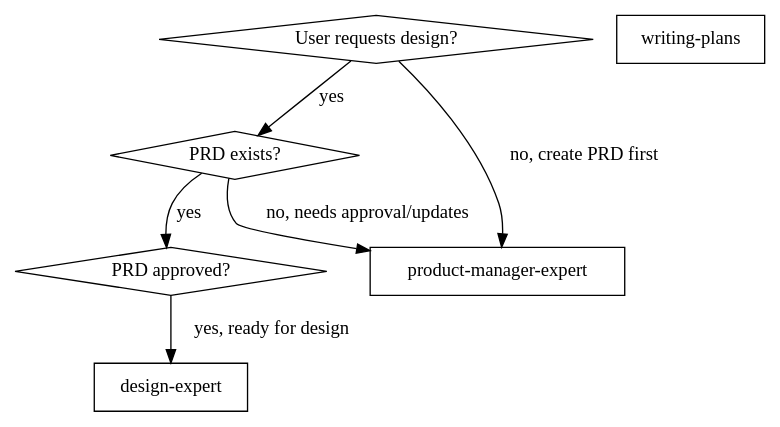
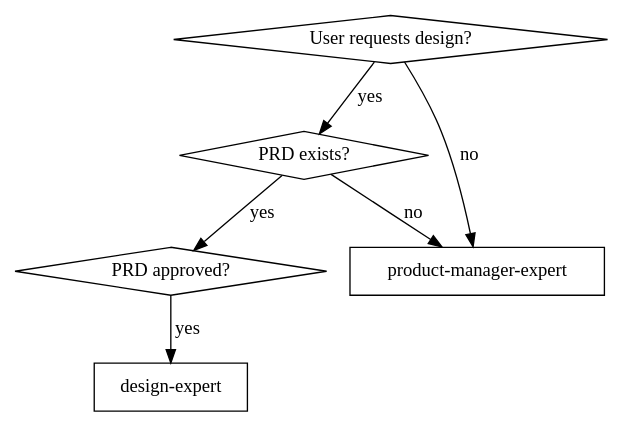
The diagram in skills/design-expert/SKILL.md (xhl592576605/superpowers-ai), drawn with Graphviz before and after one commit. The commit also changed other lines of this file and 6 other files, not shown here.

Commit message:
docs(product-manager): 更新产品管理文档模板和方法参考

````diff
--- a/skills/design-expert/SKILL.md
+++ b/skills/design-expert/SKILL.md
@@ -389,16 +24,15 @@
 ```dot
 digraph when_to_use {
     "User requests design?" [shape=diamond];
     "PRD exists?" [shape=diamond];
     "PRD approved?" [shape=diamond];
     "design-expert" [shape=box];
     "product-manager-expert" [shape=box];
-    "writing-plans" [shape=box];
 
     "User requests design?" -> "PRD exists?" [label="yes"];
-    "User requests design?" -> "product-manager-expert" [label="no, create PRD first"];
+    "User requests design?" -> "product-manager-expert" [label="no"];
     "PRD exists?" -> "PRD approved?" [label="yes"];
-    "PRD exists?" -> "product-manager-expert" [label="no, needs approval/updates"];
-    "PRD approved?" -> "design-expert" [label="yes, ready for design"];
+    "PRD exists?" -> "product-manager-expert" [label="no"];
+    "PRD approved?" -> "design-expert" [label="yes"];
 }
 ```
````
